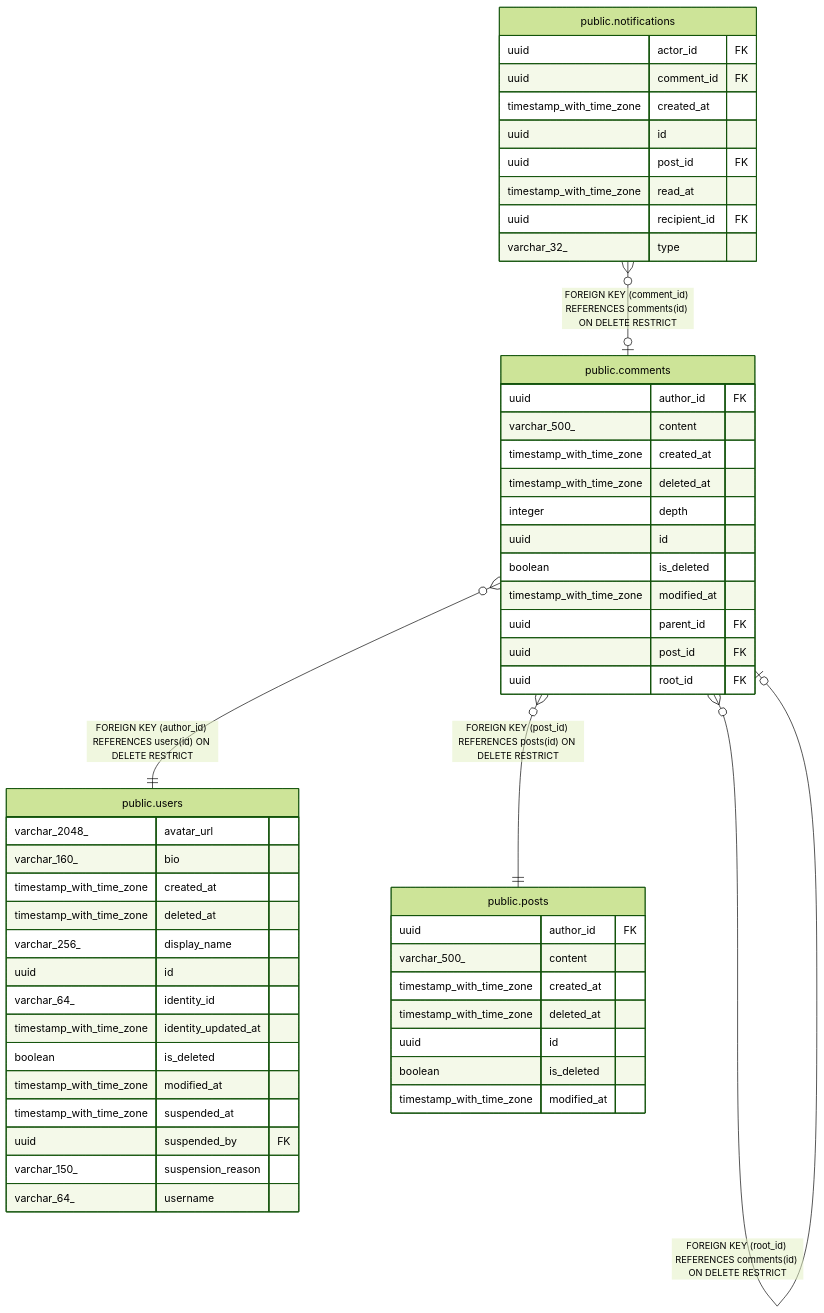
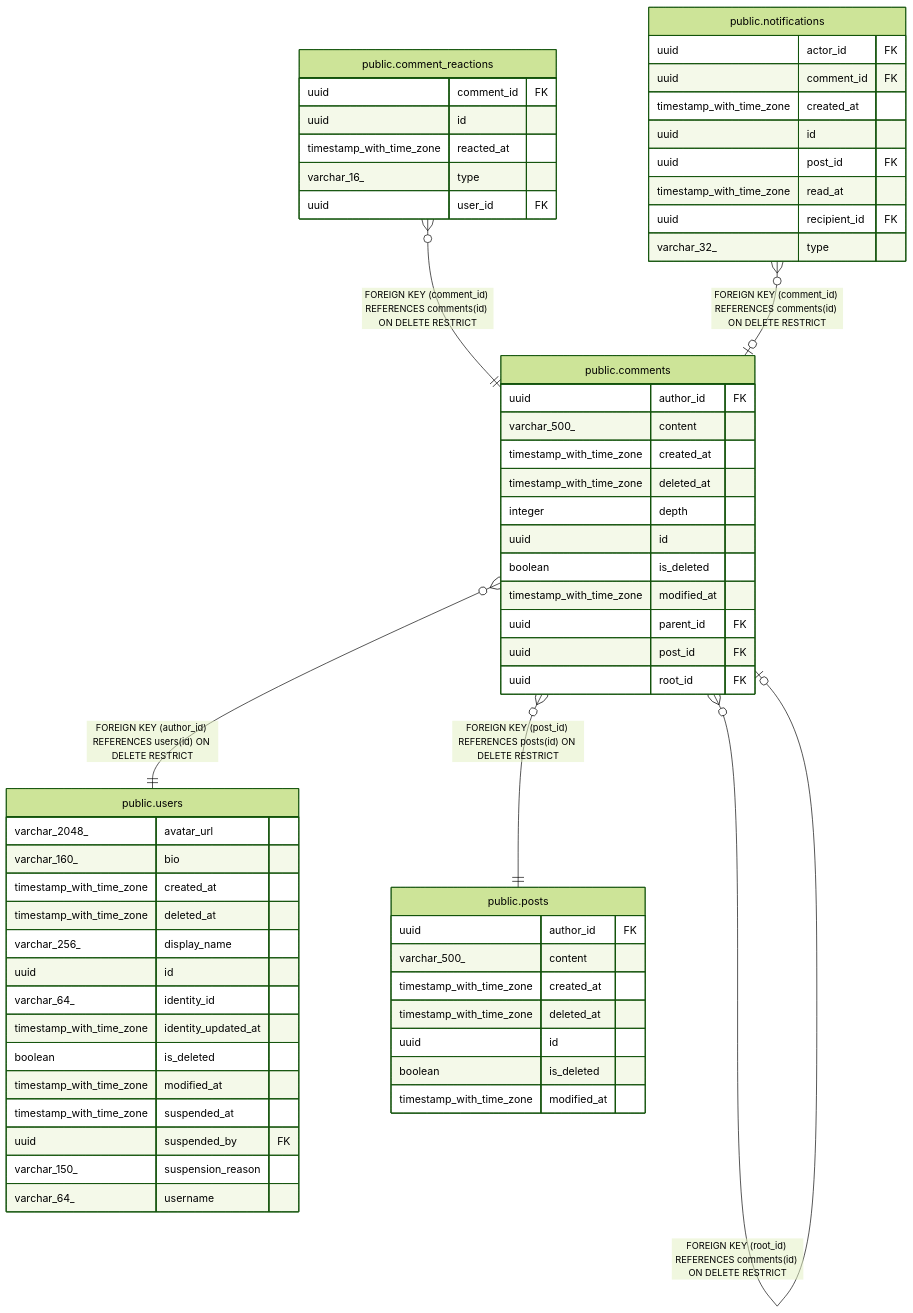
Before and after one commit to trduc2712/choco-api: the diagram in docs/database/public.comments.md, drawn with Mermaid (forest theme). The commit also changed other lines of this file and 52 other files, not shown here.

````diff
--- a/docs/database/public.comments.md
+++ b/docs/database/public.comments.md
@@ -53,58 +53,66 @@
 ```mermaid
 erDiagram
 
 "public.comments" }o--|| "public.users" : "FOREIGN KEY (author_id) REFERENCES users(id) ON DELETE RESTRICT"
+"public.comment_reactions" }o--|| "public.comments" : "FOREIGN KEY (comment_id) REFERENCES comments(id) ON DELETE RESTRICT"
 "public.comments" }o--o| "public.comments" : "FOREIGN KEY (parent_id) REFERENCES comments(id) ON DELETE RESTRICT"
 "public.comments" }o--o| "public.comments" : "FOREIGN KEY (root_id) REFERENCES comments(id) ON DELETE RESTRICT"
 "public.notifications" }o--o| "public.comments" : "FOREIGN KEY (comment_id) REFERENCES comments(id) ON DELETE RESTRICT"
 "public.comments" }o--|| "public.posts" : "FOREIGN KEY (post_id) REFERENCES posts(id) ON DELETE RESTRICT"
 
 "public.comments" {
   uuid author_id FK
   varchar_500_ content
   timestamp_with_time_zone created_at
   timestamp_with_time_zone deleted_at
   integer depth
   uuid id
   boolean is_deleted
   timestamp_with_time_zone modified_at
   uuid parent_id FK
   uuid post_id FK
   uuid root_id FK
 }
 "public.users" {
   varchar_2048_ avatar_url
   varchar_160_ bio
   timestamp_with_time_zone created_at
   timestamp_with_time_zone deleted_at
   varchar_256_ display_name
   uuid id
   varchar_64_ identity_id
   timestamp_with_time_zone identity_updated_at
   boolean is_deleted
   timestamp_with_time_zone modified_at
   timestamp_with_time_zone suspended_at
   uuid suspended_by FK
   varchar_150_ suspension_reason
   varchar_64_ username
 }
+"public.comment_reactions" {
+  uuid comment_id FK
+  uuid id
+  timestamp_with_time_zone reacted_at
+  varchar_16_ type
+  uuid user_id FK
+}
 "public.notifications" {
   uuid actor_id FK
   uuid comment_id FK
   timestamp_with_time_zone created_at
   uuid id
   uuid post_id FK
   timestamp_with_time_zone read_at
   uuid recipient_id FK
   varchar_32_ type
 }
 "public.posts" {
   uuid author_id FK
   varchar_500_ content
   timestamp_with_time_zone created_at
   timestamp_with_time_zone deleted_at
   uuid id
   boolean is_deleted
   timestamp_with_time_zone modified_at
 }
 ```
````
